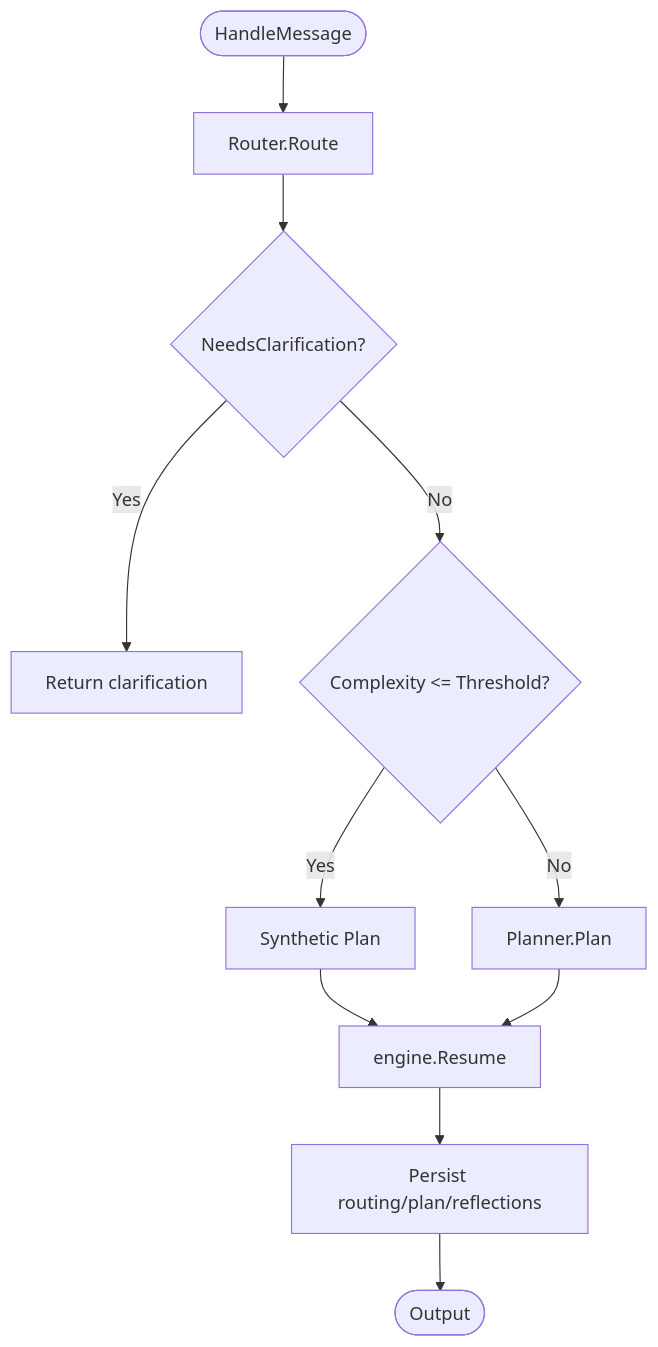
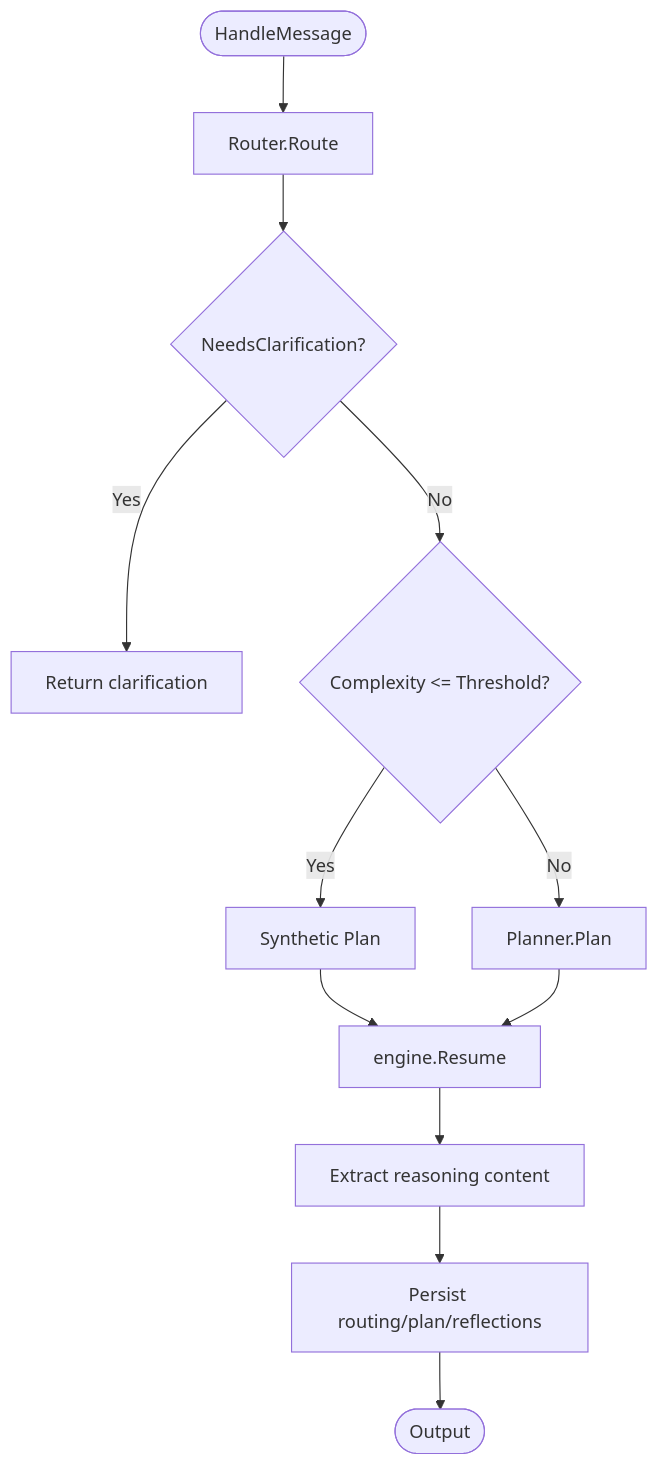
One commit to v0lka/c0wrk changed the tenth of 13 diagrams in .qoder/repowiki/en/content/Core AI Engine/Core AI Engine.md. Above: the diagram before and after it, drawn with Mermaid. The commit also changed other lines of this file and 3 other files, not shown here.

````diff
--- a/.qoder/repowiki/en/content/Core AI Engine/Core AI Engine.md
+++ b/.qoder/repowiki/en/content/Core AI Engine/Core AI Engine.md
@@ -453,13 +480,14 @@
 ```mermaid
 flowchart TD
 RMStart(["HandleMessage"]) --> RouteRM["Router.Route"]
 RouteRM --> ClarifyRM{"NeedsClarification?"}
 ClarifyRM --> |Yes| ReturnRM["Return clarification"]
 ClarifyRM --> |No| PlanRM{"Complexity <= Threshold?"}
 PlanRM --> |Yes| SynthRM["Synthetic Plan"]
 PlanRM --> |No| FullRM["Planner.Plan"]
 SynthRM --> ResumeRM["engine.Resume"]
 FullRM --> ResumeRM
-ResumeRM --> PostRM["Persist routing/plan/reflections"]
+ResumeRM --> ReasoningRM["Extract reasoning content"]
+ReasoningRM --> PostRM["Persist routing/plan/reflections"]
 PostRM --> DoneRM(["Output"])
 ```
````
